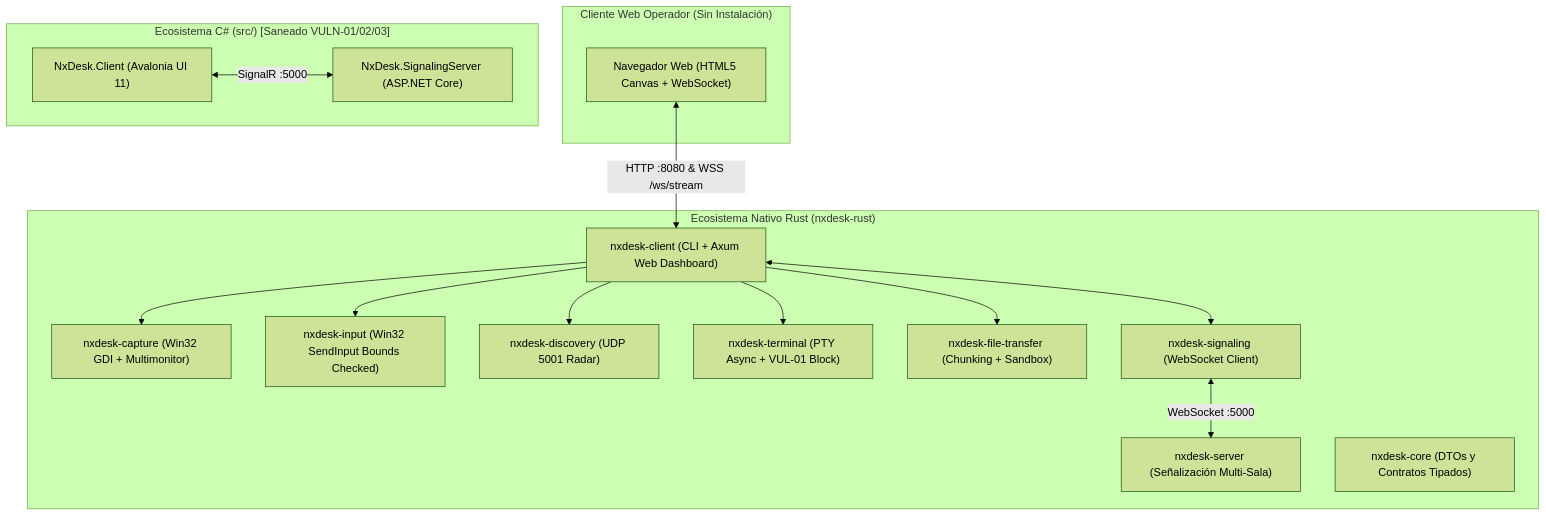
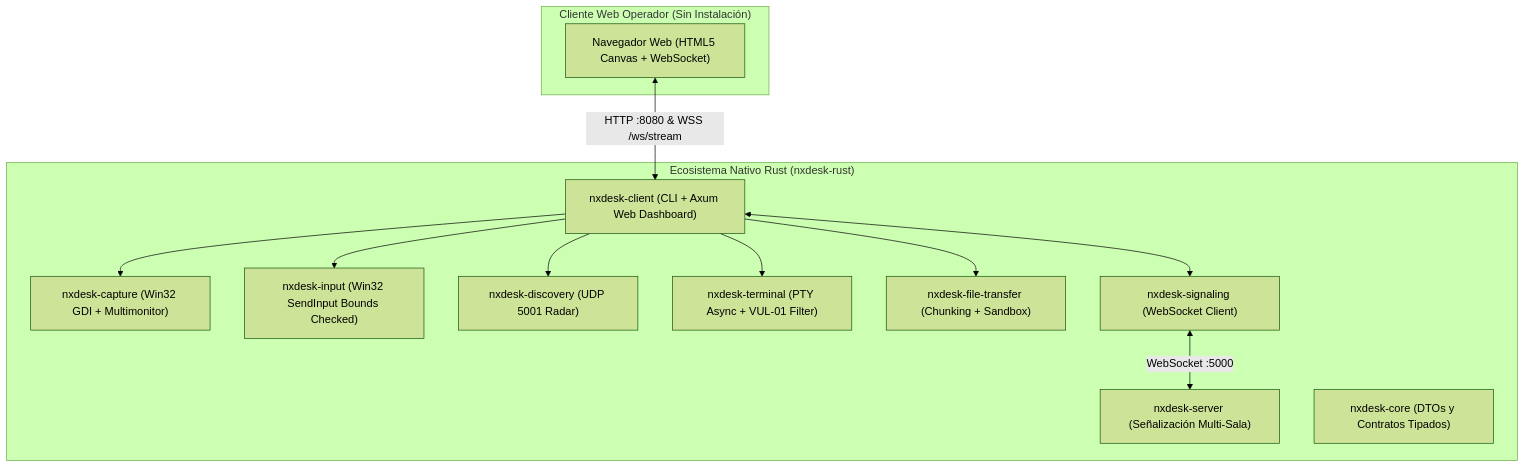
One commit to valmpp/NxDesk changed the diagram in README.md. Above: the diagram before and after it, drawn with Mermaid (forest theme). The commit also changed other lines of this file and 118 other files, not shown here.

````diff
--- a/README.md
+++ b/README.md
@@ -112,33 +106,27 @@
 ```mermaid
 graph TD
     subgraph Rust_Ecosystem["Ecosistema Nativo Rust (nxdesk-rust)"]
         ClientApp["nxdesk-client (CLI + Axum Web Dashboard)"]
         ServerApp["nxdesk-server (Señalización Multi-Sala)"]
         CaptureCrate["nxdesk-capture (Win32 GDI + Multimonitor)"]
         InputCrate["nxdesk-input (Win32 SendInput Bounds Checked)"]
         DiscoveryCrate["nxdesk-discovery (UDP 5001 Radar)"]
-        TerminalCrate["nxdesk-terminal (PTY Async + VUL-01 Block)"]
+        TerminalCrate["nxdesk-terminal (PTY Async + VUL-01 Filter)"]
         TransferCrate["nxdesk-file-transfer (Chunking + Sandbox)"]
         SignalingCrate["nxdesk-signaling (WebSocket Client)"]
         CoreCrate["nxdesk-core (DTOs y Contratos Tipados)"]
     end
 
     subgraph Browser_Client["Cliente Web Operador (Sin Instalación)"]
         Browser["Navegador Web (HTML5 Canvas + WebSocket)"]
-    end
-
-    subgraph DotNet_Ecosystem["Ecosistema C# (src/) [Saneado VULN-01/02/03]"]
-        DotNetClient["NxDesk.Client (Avalonia UI 11)"]
-        DotNetServer["NxDesk.SignalingServer (ASP.NET Core)"]
     end
 
     Browser <-->|HTTP :8080 & WSS /ws/stream| ClientApp
     ClientApp --> CaptureCrate
     ClientApp --> InputCrate
     ClientApp --> TerminalCrate
     ClientApp --> TransferCrate
     ClientApp --> DiscoveryCrate
     ClientApp <--> SignalingCrate
     SignalingCrate <-->|WebSocket :5000| ServerApp
-    DotNetClient <-->|SignalR :5000| DotNetServer
 ```
````
